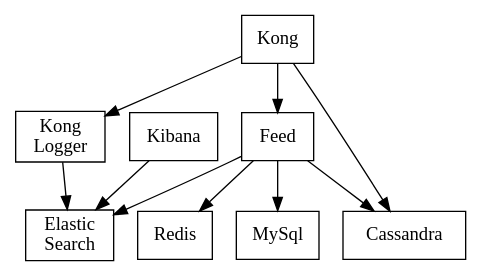
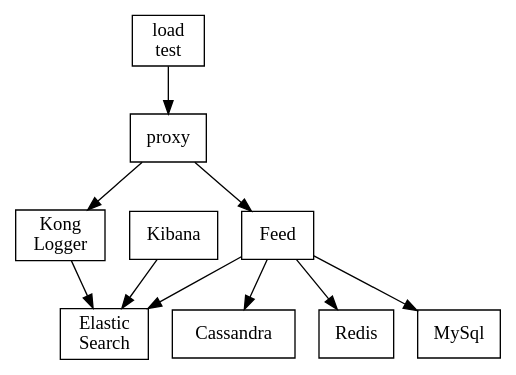
The diagram in server/k8s/components.dot (gengstrand/clojure-news-feed), drawn with Graphviz before and after one commit. The commit also changed 4 other files, not shown here.

Commit message:
switching from kong to the custom proxy written in go

```diff
--- a/server/k8s/components.dot
+++ b/server/k8s/components.dot
@@ -1,19 +1,20 @@
 digraph feed_components {
+	load -> kong;
 	kong -> feed;
-	kong -> cassandra;
 	kong -> kl;
 	kl -> es;
 	kibana -> es;
 	feed -> cassandra;
 	feed -> redis;
 	feed -> mysql;
 	feed -> es;
-	kong [shape=box,label="Kong"];
+	load [shape=box,label="load\ntest"];
+	kong [shape=box,label="proxy"];
 	feed [shape=box,label="Feed"];
 	cassandra [shape=box,label="Cassandra"];
 	redis [shape=box,label="Redis"];
 	mysql [shape=box,label="MySql"];
 	es [shape=box,label="Elastic\nSearch"];
 	kl [shape=box,label="Kong\nLogger"];
 	kibana [shape=box,label="Kibana"];
 }
```
